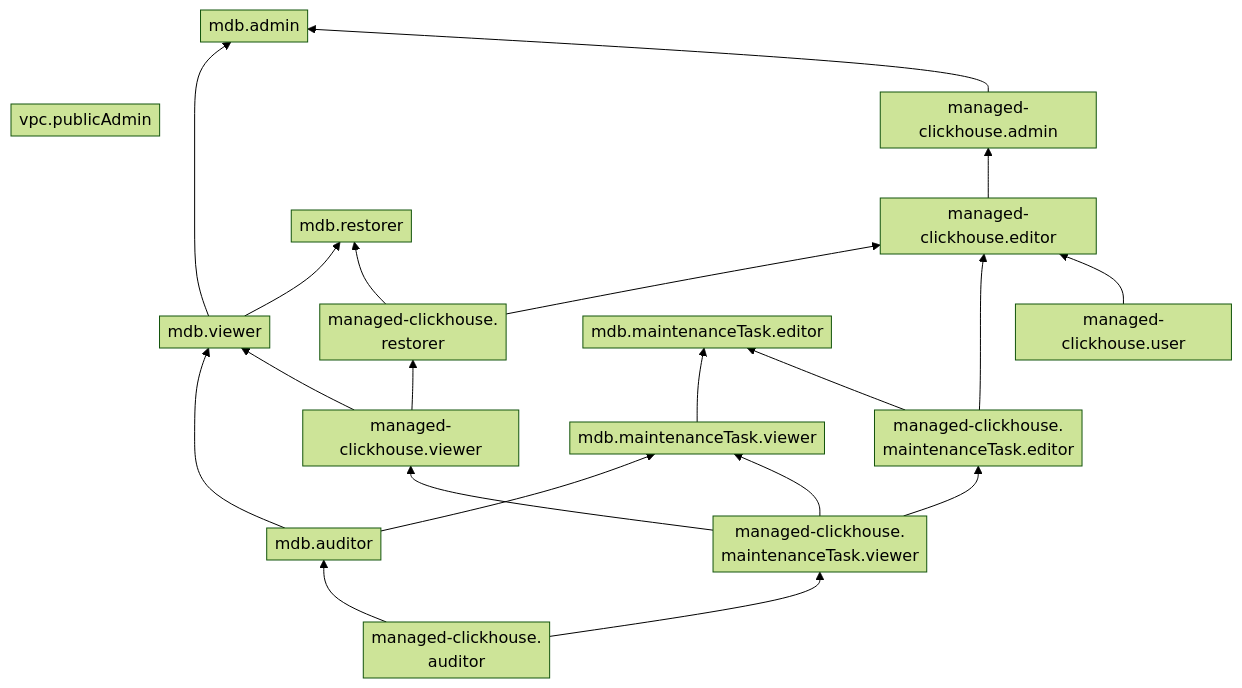
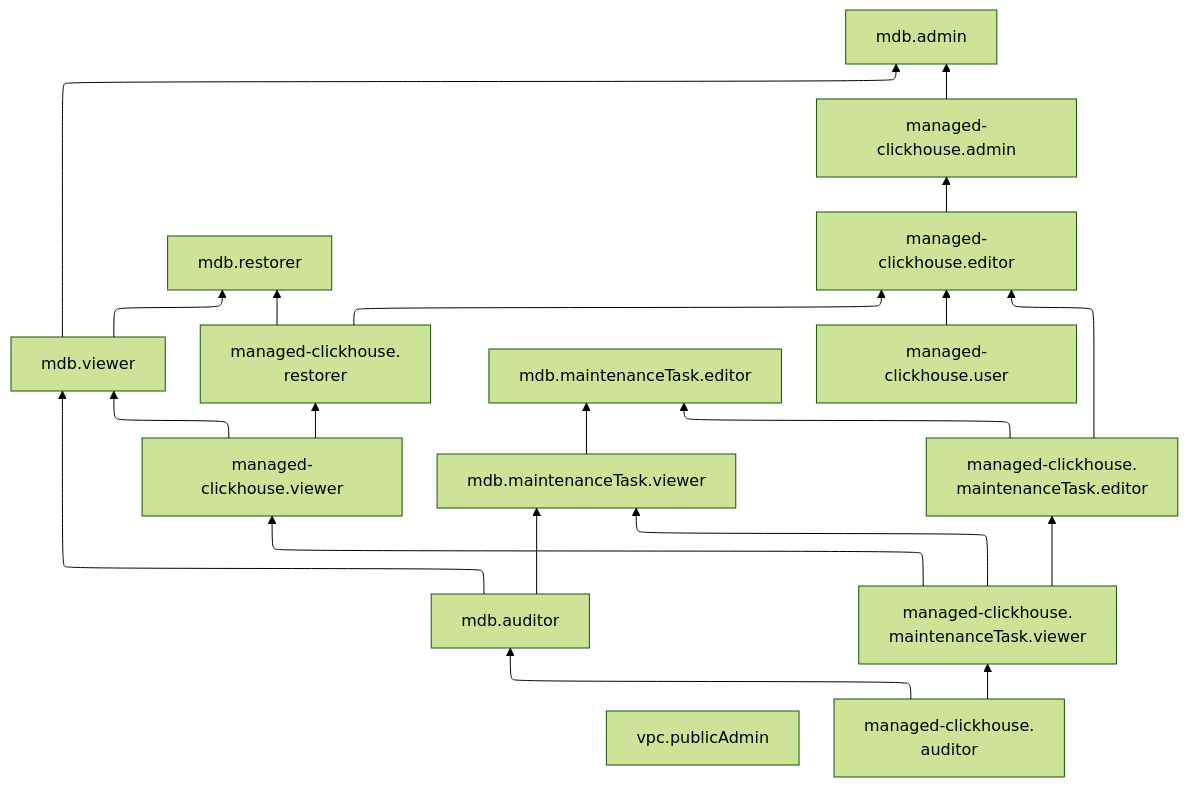
The diagram in md-docs/managed-clickhouse/security.md (yandex-cloud/docs), drawn with Mermaid (forest theme) before and after one commit. The commit also changed other lines of this file and 20878 other files, not shown here.

````diff
--- a/md-docs/managed-clickhouse/security.md
+++ b/md-docs/managed-clickhouse/security.md
@@ -37,30 +37,28 @@
 ```mermaid
-%%{init: { "flowchart": { "padding": 4 } } }%%
+%%{init: {"flowchart": {'defaultRenderer': 'elk'}} }%%
 flowchart BT
-    vpc.publicAdmin ~~~ mdb.admin
     mdb.viewer --> mdb.admin
-    mdb.viewer ~~~ mdb.admin
-    mdb.restorer ~~~ mdb.admin
     mdb.viewer --> mdb.restorer
+    vpc.publicAdmin
     managed-clickhouse.admin --> mdb.admin
     managed-clickhouse.viewer --> managed-clickhouse.restorer
     managed-clickhouse.restorer["`managed-clickhouse.
     restorer`"] --> managed-clickhouse.editor
     mdb.auditor --> mdb.maintenanceTask.viewer
     mdb.maintenanceTask.viewer --> mdb.maintenanceTask.editor
     managed-clickhouse.maintenanceTask.viewer --> mdb.maintenanceTask.viewer
     managed-clickhouse.maintenanceTask.editor --> managed-clickhouse.editor
     managed-clickhouse.maintenanceTask.viewer --> managed-clickhouse.viewer
     managed-clickhouse.maintenanceTask.viewer --> managed-clickhouse.maintenanceTask.editor["`managed-clickhouse.
     maintenanceTask.editor`"]
     managed-clickhouse.maintenanceTask.editor --> mdb.maintenanceTask.editor
     managed-clickhouse.auditor --> managed-clickhouse.maintenanceTask.viewer["`managed-clickhouse.
     maintenanceTask.viewer`"]
     mdb.auditor --> mdb.viewer
     managed-clickhouse.viewer --> mdb.viewer
     managed-clickhouse.auditor["`managed-clickhouse.
     auditor`"] --> mdb.auditor
     managed-clickhouse.editor --> managed-clickhouse.admin
     managed-clickhouse.restorer --> mdb.restorer
     managed-clickhouse.user --> managed-clickhouse.editor
 ```
````
